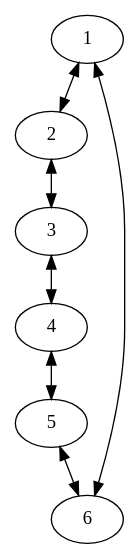
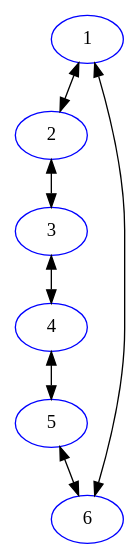
The diagram in CaMKII/camkii_ring.dot (BhallaLab/moose-chemical), drawn with Graphviz before and after one commit. The commit also changed 1 other file, not shown here.

```diff
--- a/CaMKII/camkii_ring.dot
+++ b/CaMKII/camkii_ring.dot
@@ -1,4 +1,5 @@
 digraph camkii_ring {
     edge[dir=both];
+    node[color=blue,share=circle]
     1 -> 2 -> 3 -> 4 -> 5 -> 6 -> 1;
 }
```
